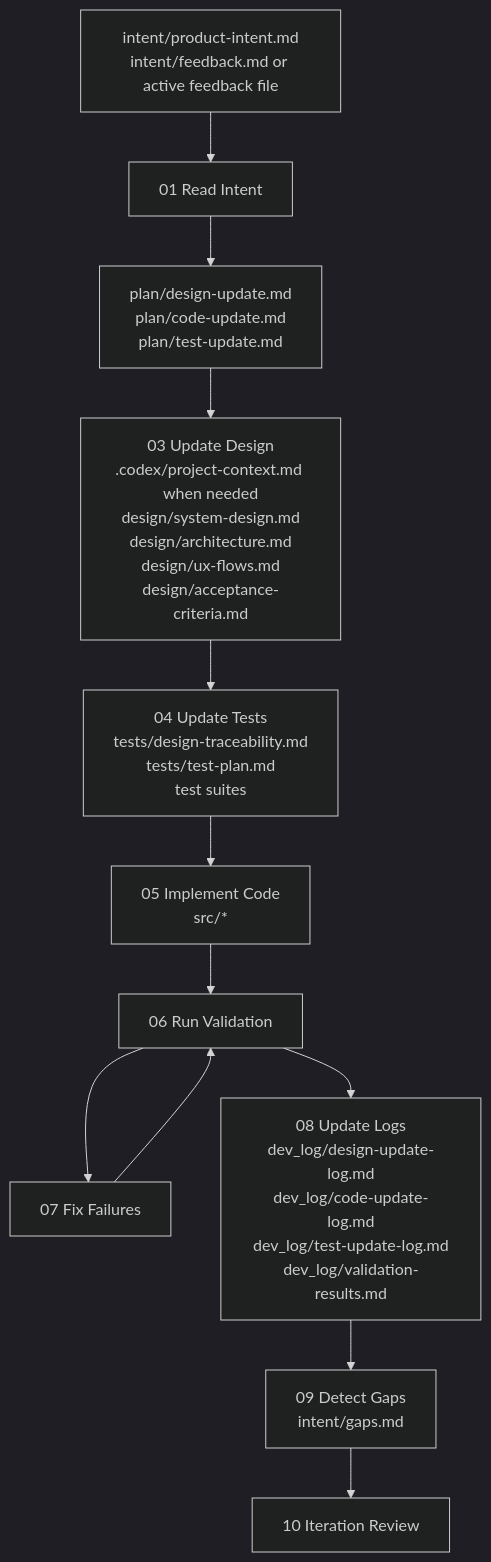
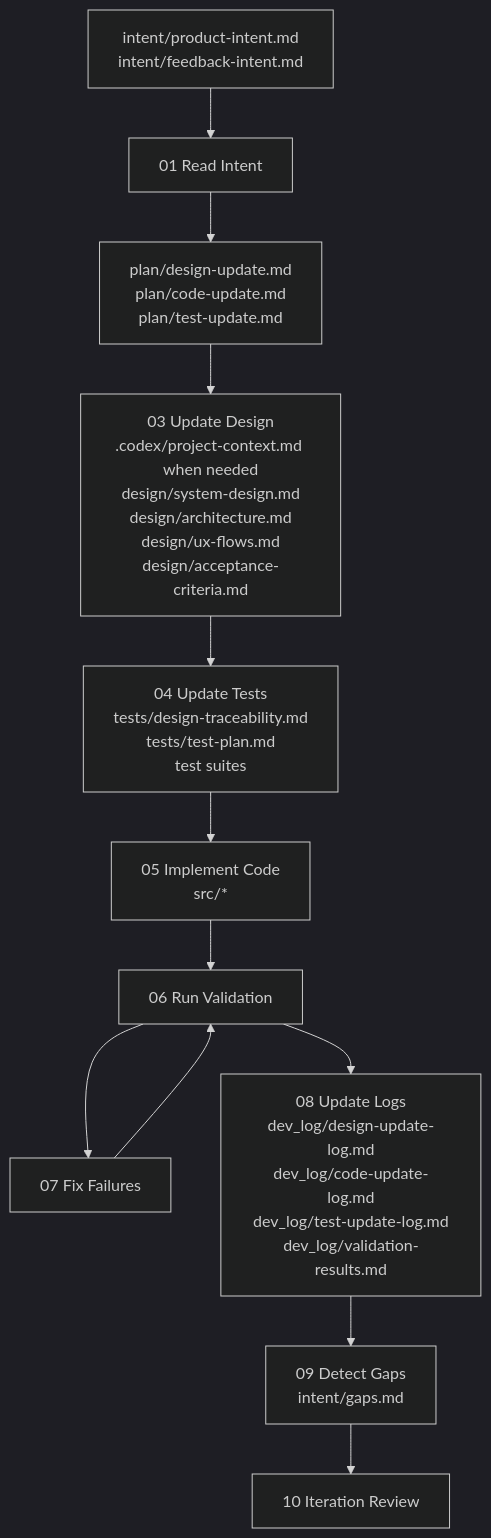
Before and after one commit to chethanp11/kms: the second of 3 diagrams in dev_workflow/README.md, drawn with Mermaid (dark theme). The commit also changed other lines of this file and 15 other files, not shown here.

````diff
--- a/dev_workflow/README.md
+++ b/dev_workflow/README.md
@@ -53,14 +68,14 @@
 ```mermaid
 flowchart TD
-    A[intent/product-intent.md<br>intent/feedback.md or active feedback file] --> B[01 Read Intent]
+    A[intent/product-intent.md<br>intent/feedback-intent.md] --> B[01 Read Intent]
     B --> C[plan/design-update.md<br>plan/code-update.md<br>plan/test-update.md]
     C --> D[03 Update Design<br>.codex/project-context.md when needed<br>design/system-design.md<br>design/architecture.md<br>design/ux-flows.md<br>design/acceptance-criteria.md]
     D --> E[04 Update Tests<br>tests/design-traceability.md<br>tests/test-plan.md<br>test suites]
     E --> F[05 Implement Code<br>src/*]
     F --> G[06 Run Validation]
     G --> H[07 Fix Failures]
     H --> G
     G --> I[08 Update Logs<br>dev_log/design-update-log.md<br>dev_log/code-update-log.md<br>dev_log/test-update-log.md<br>dev_log/validation-results.md]
     I --> J[09 Detect Gaps<br>intent/gaps.md]
     J --> K[10 Iteration Review]
 ```
````
